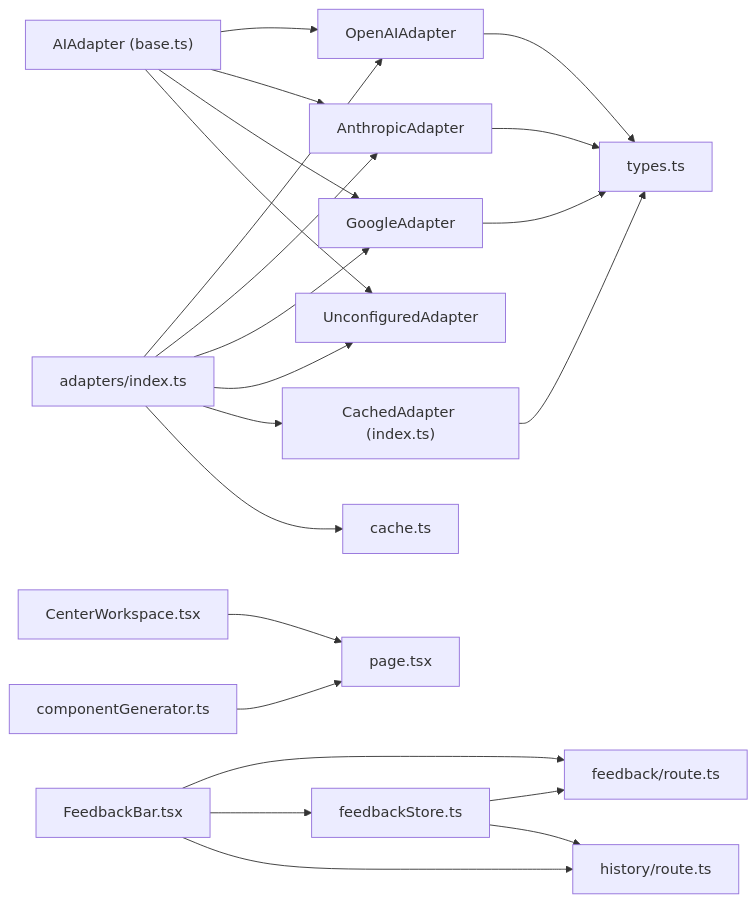
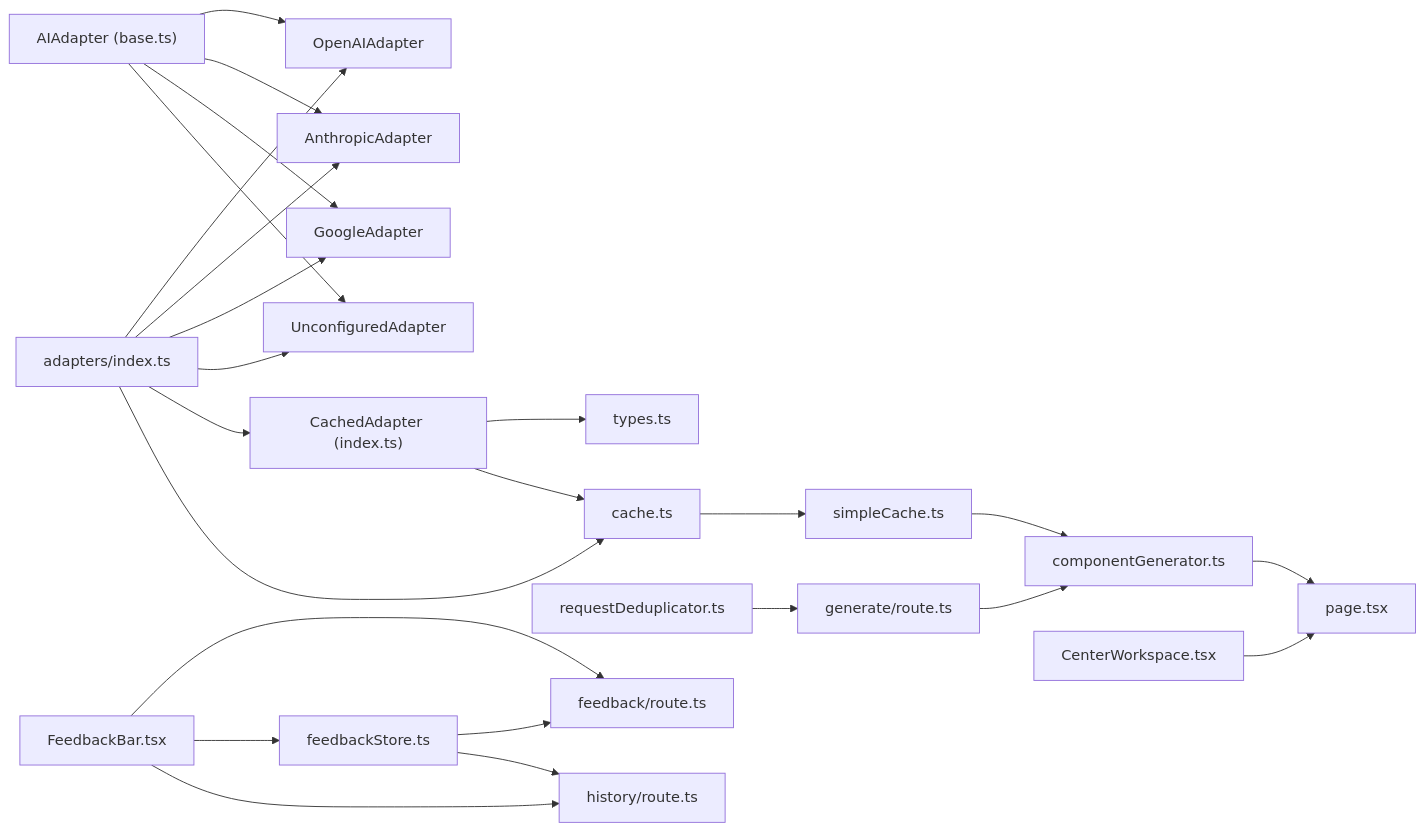
One commit to shekhargiri005-dotcom/AI-powered-accessibility-first-UI-engine changed the eighth of 8 diagrams in .qoder/repowiki/en/content/Architecture & Design/Design Patterns/Design Patterns.md. Above: the diagram before and after it, drawn with Mermaid. The commit also changed other lines of this file and 8 other files, not shown here.

````diff
--- a/.qoder/repowiki/en/content/Architecture & Design/Design Patterns/Design Patterns.md
+++ b/.qoder/repowiki/en/content/Architecture & Design/Design Patterns/Design Patterns.md
@@ -422,24 +554,26 @@
 ```mermaid
 graph LR
 BASE["AIAdapter (base.ts)"] --> OPENAI["OpenAIAdapter"]
 BASE --> ANTH["AnthropicAdapter"]
 BASE --> GOOGLE["GoogleAdapter"]
 BASE --> UNCONF["UnconfiguredAdapter"]
 IDX["adapters/index.ts"] --> OPENAI
 IDX --> ANTH
 IDX --> GOOGLE
 IDX --> UNCONF
 IDX --> CACHE["CachedAdapter (index.ts)"]
-OPENAI --> TYPES["types.ts"]
-ANTH --> TYPES
-GOOGLE --> TYPES
-CACHE --> TYPES
-IDX --> CACHEPROV["cache.ts"]
+CACHE --> TYPES["types.ts"]
+CACHE --> CACHEPROV["cache.ts"]
+CACHEPROV --> SIMPLE_CACHE["simpleCache.ts"]
+IDX --> CACHEPROV
+DEDUPE["requestDeduplicator.ts"] --> GEN_ROUTE["generate/route.ts"]
+SIMPLE_CACHE --> COMP_GEN["componentGenerator.ts"]
 FEEDBACK_STORE["feedbackStore.ts"] --> FEEDBACK_API["feedback/route.ts"]
 FEEDBACK_STORE --> HISTORY_API["history/route.ts"]
 FEEDBACK_BAR["FeedbackBar.tsx"] --> FEEDBACK_API
 FEEDBACK_BAR --> FEEDBACK_STORE
 FEEDBACK_BAR --> HISTORY_API
 CHAT["CenterWorkspace.tsx"] --> PAGE["page.tsx"]
-COMP_GEN["componentGenerator.ts"] --> PAGE
+COMP_GEN --> PAGE
+GEN_ROUTE --> COMP_GEN
 ```
````
